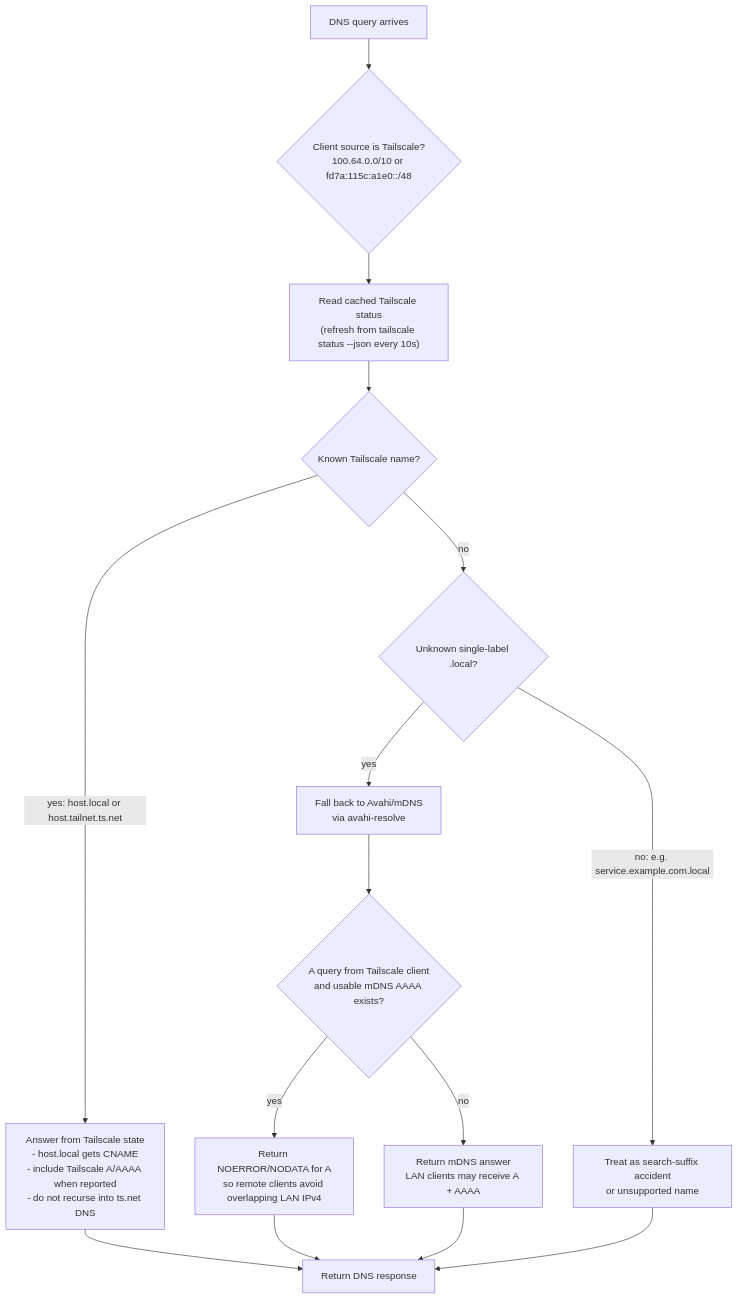
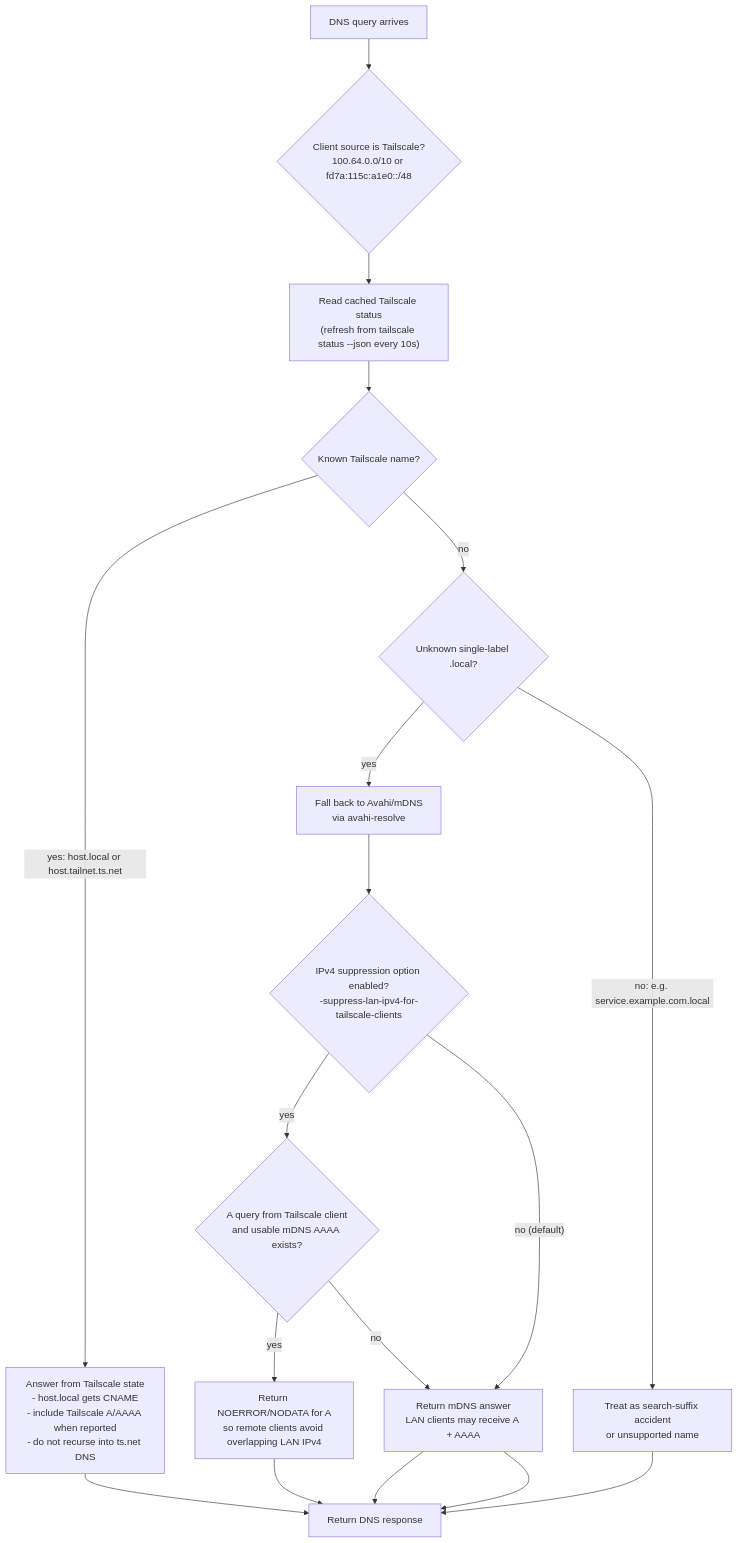
The second of 2 diagrams in README.md (rcarmo/mdnsbridge), drawn with Mermaid before and after one commit. The commit also changed other lines of this file and 1 other file, not shown here.

Commit message:
Make Tailscale IPv4 suppression opt-in

````diff
--- a/README.md
+++ b/README.md
@@ -48,23 +49,26 @@
 ```mermaid
 flowchart TD
     query["DNS query arrives"]
     source{"Client source is Tailscale?<br/>100.64.0.0/10 or fd7a:115c:a1e0::/48"}
     status["Read cached Tailscale status<br/>(refresh from tailscale status --json every 10s)"]
     known{"Known Tailscale name?"}
     tsanswer["Answer from Tailscale state<br/>- host.local gets CNAME<br/>- include Tailscale A/AAAA when reported<br/>- do not recurse into ts.net DNS"]
     single{"Unknown single-label .local?"}
     avahi["Fall back to Avahi/mDNS<br/>via avahi-resolve"]
+    optin{"IPv4 suppression option enabled?<br/>-suppress-lan-ipv4-for-tailscale-clients"}
     aquery{"A query from Tailscale client<br/>and usable mDNS AAAA exists?"}
     suppress["Return NOERROR/NODATA for A<br/>so remote clients avoid overlapping LAN IPv4"]
     mdnsanswer["Return mDNS answer<br/>LAN clients may receive A + AAAA"]
     accident["Treat as search-suffix accident<br/>or unsupported name"]
     response["Return DNS response"]
 
     query --> source --> status --> known
     known -- "yes: host.local or host.tailnet.ts.net" --> tsanswer --> response
     known -- "no" --> single
-    single -- "yes" --> avahi --> aquery
+    single -- "yes" --> avahi --> optin
+    optin -- "yes" --> aquery
+    optin -- "no (default)" --> mdnsanswer --> response
     aquery -- "yes" --> suppress --> response
     aquery -- "no" --> mdnsanswer --> response
     single -- "no: e.g. service.example.com.local" --> accident --> response
 ```
````
